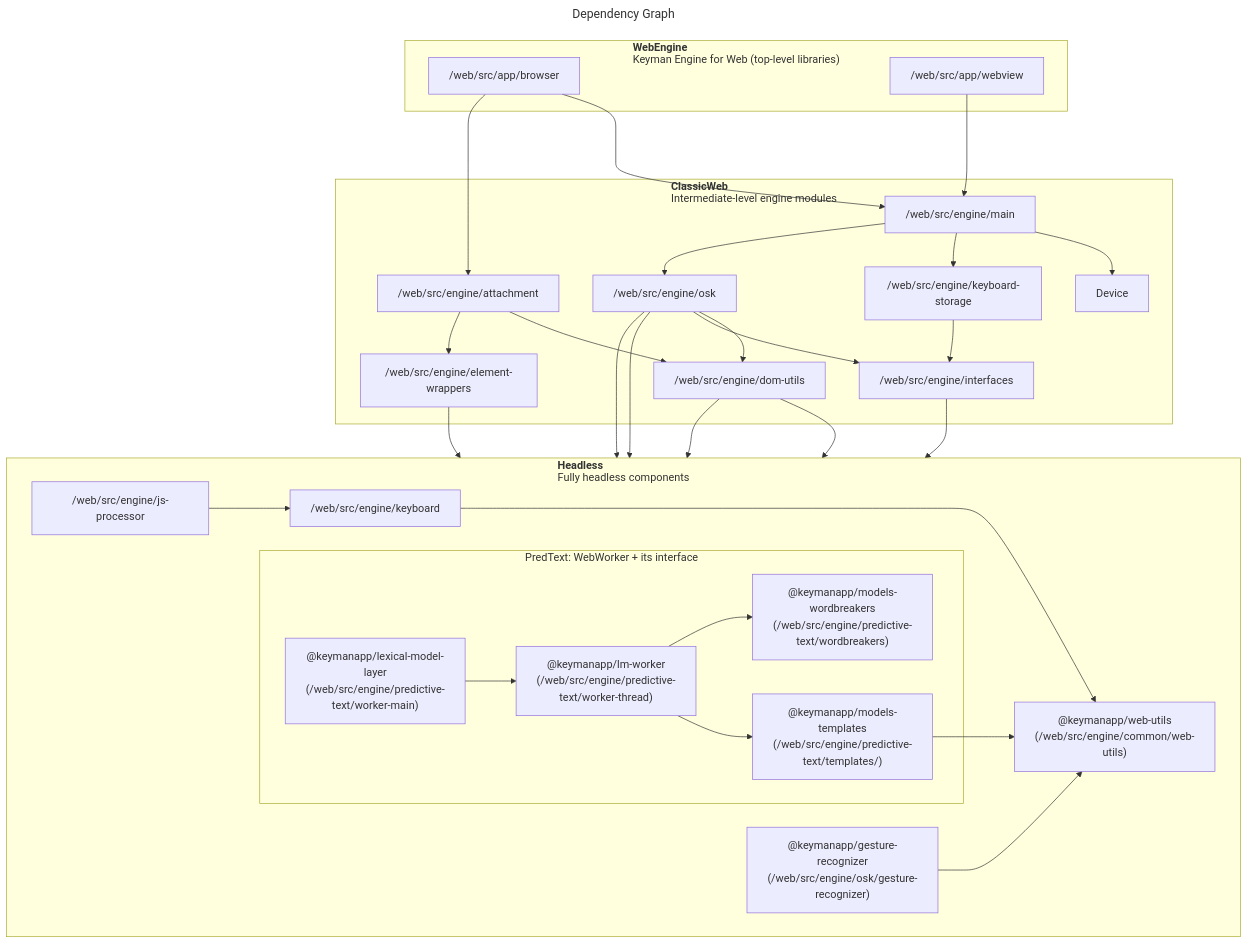
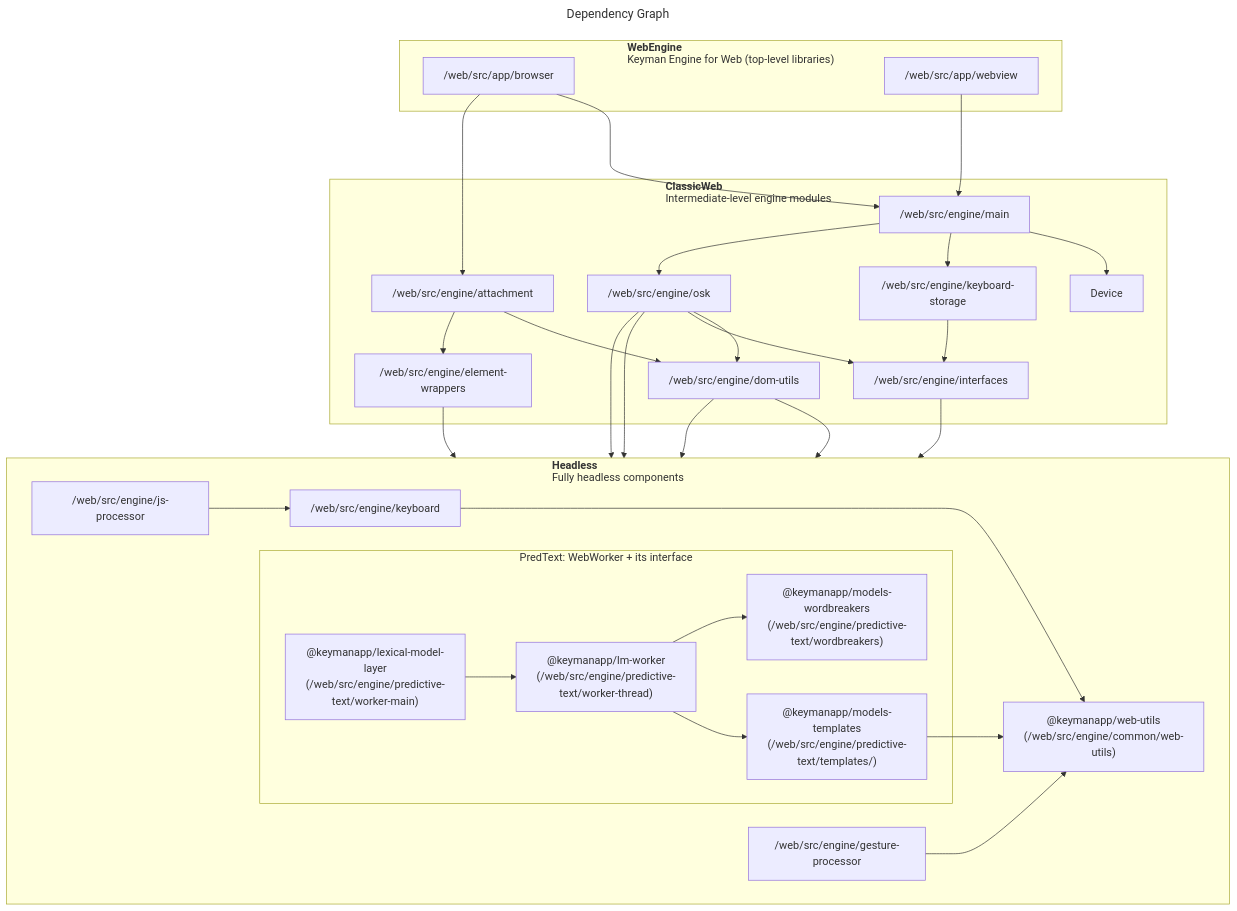
One commit to keymanapp/keyman changed the diagram in web/README.md. Above: the diagram before and after it, drawn with Mermaid. The commit also changed 350 other files, not shown here.

First line of the commit message:
refactor(web): merge engine modules

````diff
--- a/web/README.md
+++ b/web/README.md
@@ -77,75 +77,75 @@
 ```mermaid
 ---
 title: Dependency Graph
 ---
 %% For rendering, use e.g. https://mermaid.live
 %%{init: {"flowchart": {"htmlLabels": false}} }%%
 graph TD;
     OSK["/web/src/engine/osk"];
     KeyboardSpec["/web/src/engine/keyboard"];
     JSProc["/web/src/engine/js-processor"];
     OSK-->KeyboardSpec;
     WebUtils["@keymanapp/web-utils<br>(/web/src/engine/common/web-utils)"];
     KeyboardSpec---->WebUtils;
     Wordbreakers["@keymanapp/models-wordbreakers<br>(/web/src/engine/predictive-text/wordbreakers)"];
     Models["@keymanapp/models-templates<br>(/web/src/engine/predictive-text/templates/)"];
     Models-->WebUtils;
     LMWorker["@keymanapp/lm-worker<br>(/web/src/engine/predictive-text/worker-thread)"];
     LMWorker-->Models;
     LMWorker-->Wordbreakers;
     LMLayer["@keymanapp/lexical-model-layer<br>(/web/src/engine/predictive-text/worker-main)"];
     LMLayer-->LMWorker;
-    Gestures["@keymanapp/gesture-recognizer<br>(/web/src/engine/osk/gesture-recognizer)"];
+    Gestures["/web/src/engine/gesture-processor"];
     Gestures-->WebUtils;
 
     subgraph PredText["PredText: WebWorker + its interface"]
         LMLayer;
         LMWorker;
         Models;
         Wordbreakers;
     end
 
     subgraph Headless["`**Headless**
     Fully headless components`"]
         direction LR
         KeyboardSpec;
         JSProc-->KeyboardSpec;
         WebUtils;
         PredText;
         Gestures;
     end
 
     subgraph ClassicWeb["`**ClassicWeb**
     Intermediate-level engine modules`"]
         Elements["/web/src/engine/element-wrappers"];
         Elements-->JSProc;
         KeyboardStorage["/web/src/engine/keyboard-storage"];
         KeyboardStorage-->Interfaces;
         DomUtils["/web/src/engine/dom-utils"];
         DomUtils-->WebUtils;
         DomUtils-->KeyboardSpec;
         OSK-->DomUtils;
         OSK-->Gestures;
         Interfaces["/web/src/engine/interfaces"];
         Interfaces-->KeyboardSpec;
         OSK-->Interfaces;
         CommonEngine["/web/src/engine/main"];
         CommonEngine-->Device;
         CommonEngine-->KeyboardStorage;
         CommonEngine-->OSK;
         Attachment["/web/src/engine/attachment"];
         Attachment-->DomUtils;
         Attachment-->Elements;
     end
 
     subgraph WebEngine["`**WebEngine**
     Keyman Engine for Web (top-level libraries)`"]
         Browser["/web/src/app/browser"];
         WebView["/web/src/app/webview"];
 
         WebView--->CommonEngine;
 
         Browser--->CommonEngine;
         Browser-->Attachment;
     end
 ```
````
